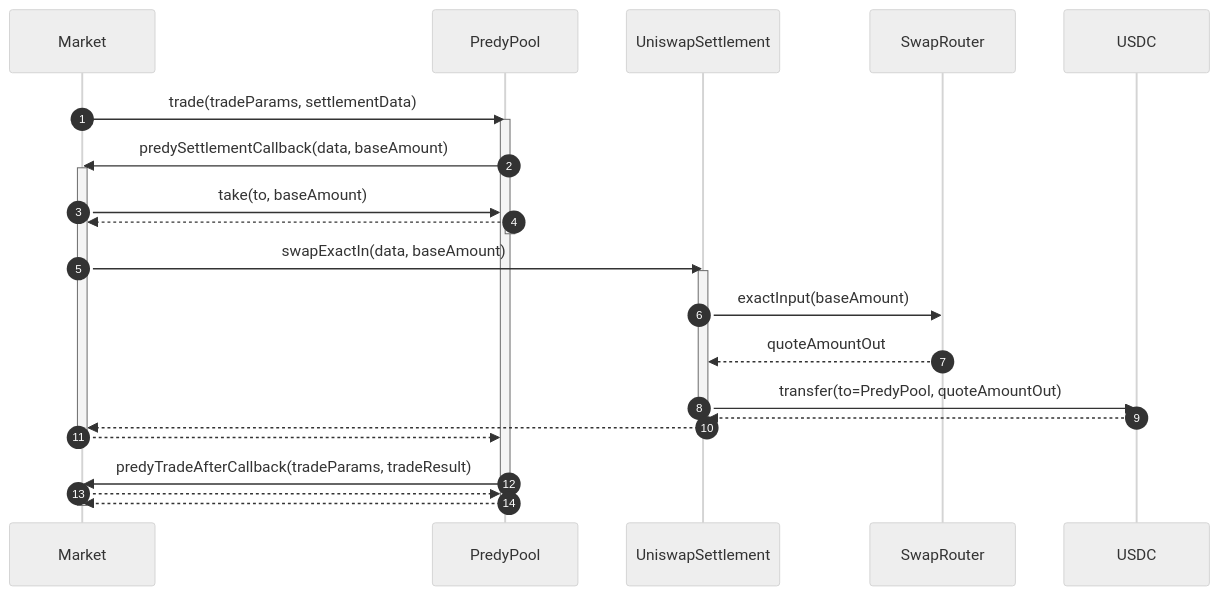
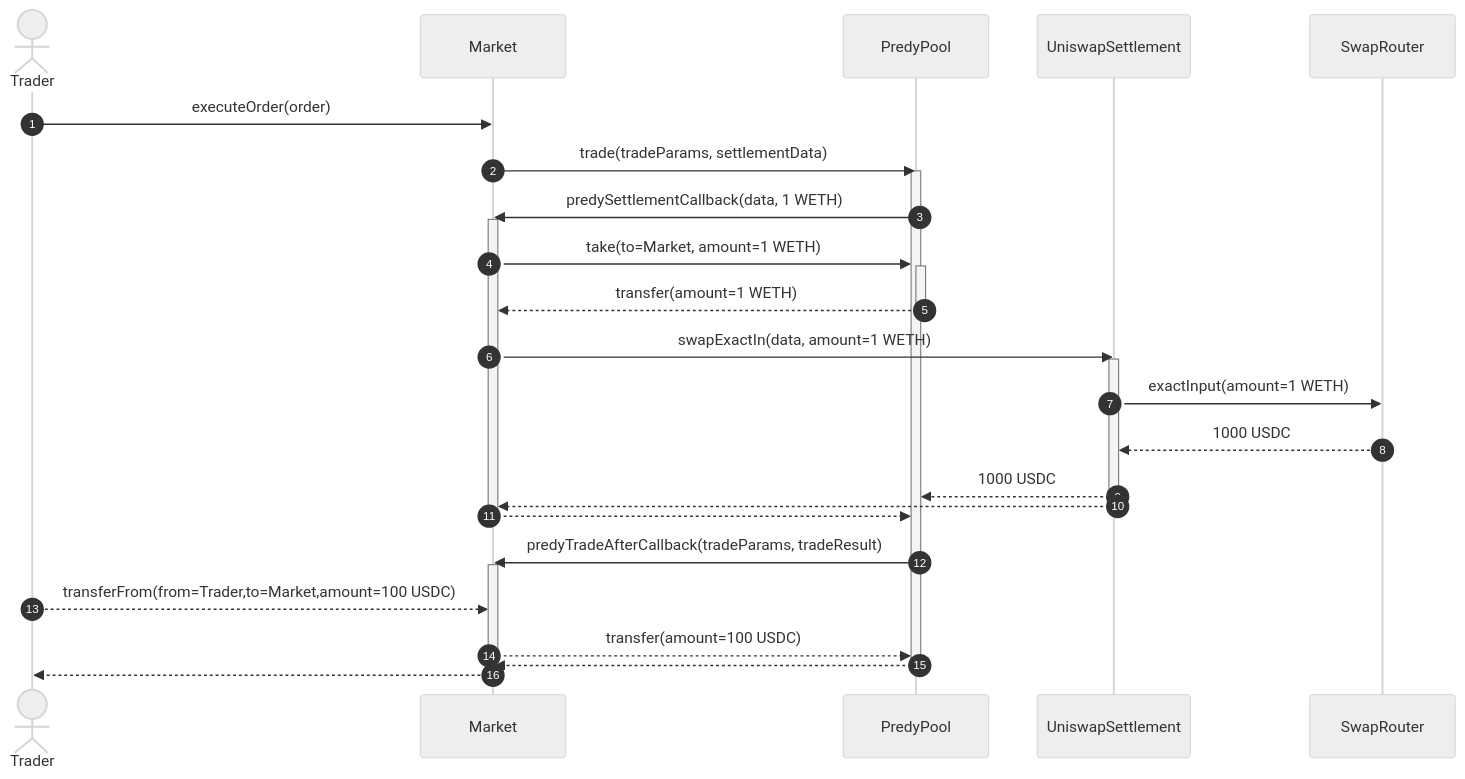
Before and after one commit to predyprotocol/predyx: the first of 3 diagrams in README.md, drawn with Mermaid (neutral theme). The commit also changed other lines of this file, not shown here.

Commit message:
Update flow

````diff
--- a/README.md
+++ b/README.md
@@ -29,28 +29,31 @@
 ```mermaid
 sequenceDiagram
 autonumber
+  actor Trader
+  Trader->>Market: executeOrder(order)
   Market->>PredyPool: trade(tradeParams, settlementData)
   activate PredyPool
-  PredyPool->>Market: predySettlementCallback(data, baseAmount)
+  PredyPool->>Market: predySettlementCallback(data, 1 WETH)
   activate Market
-  Market->>PredyPool: take(to, baseAmount)
+  Market->>PredyPool: take(to=Market, amount=1 WETH)
   activate PredyPool
-  PredyPool-->>Market: 
+  PredyPool-->>Market: transfer(amount=1 WETH)
   deactivate PredyPool
-  Market->>UniswapSettlement: swapExactIn(data, baseAmount)
+  Market->>UniswapSettlement: swapExactIn(data, amount=1 WETH)
   activate UniswapSettlement
-  UniswapSettlement ->> SwapRouter: exactInput(baseAmount)
-  SwapRouter -->> UniswapSettlement: quoteAmountOut
-  UniswapSettlement ->> USDC: transfer(to=PredyPool, quoteAmountOut)
-  USDC -->> UniswapSettlement: 
+  UniswapSettlement ->> SwapRouter: exactInput(amount=1 WETH)
+  SwapRouter -->> UniswapSettlement: 1000 USDC
+  UniswapSettlement-->>PredyPool: 1000 USDC
   UniswapSettlement-->>Market: 
   deactivate UniswapSettlement
   Market -->> PredyPool: 
   deactivate Market
   PredyPool->>Market: predyTradeAfterCallback(tradeParams, tradeResult)
   activate Market
-  Market-->>PredyPool: 
+  Trader-->>Market: transferFrom(from=Trader,to=Market,amount=100 USDC)
+  Market-->>PredyPool: transfer(amount=100 USDC)
   deactivate Market
   PredyPool-->>Market: 
   deactivate PredyPool
+  Market-->>Trader: 
 ```
````
